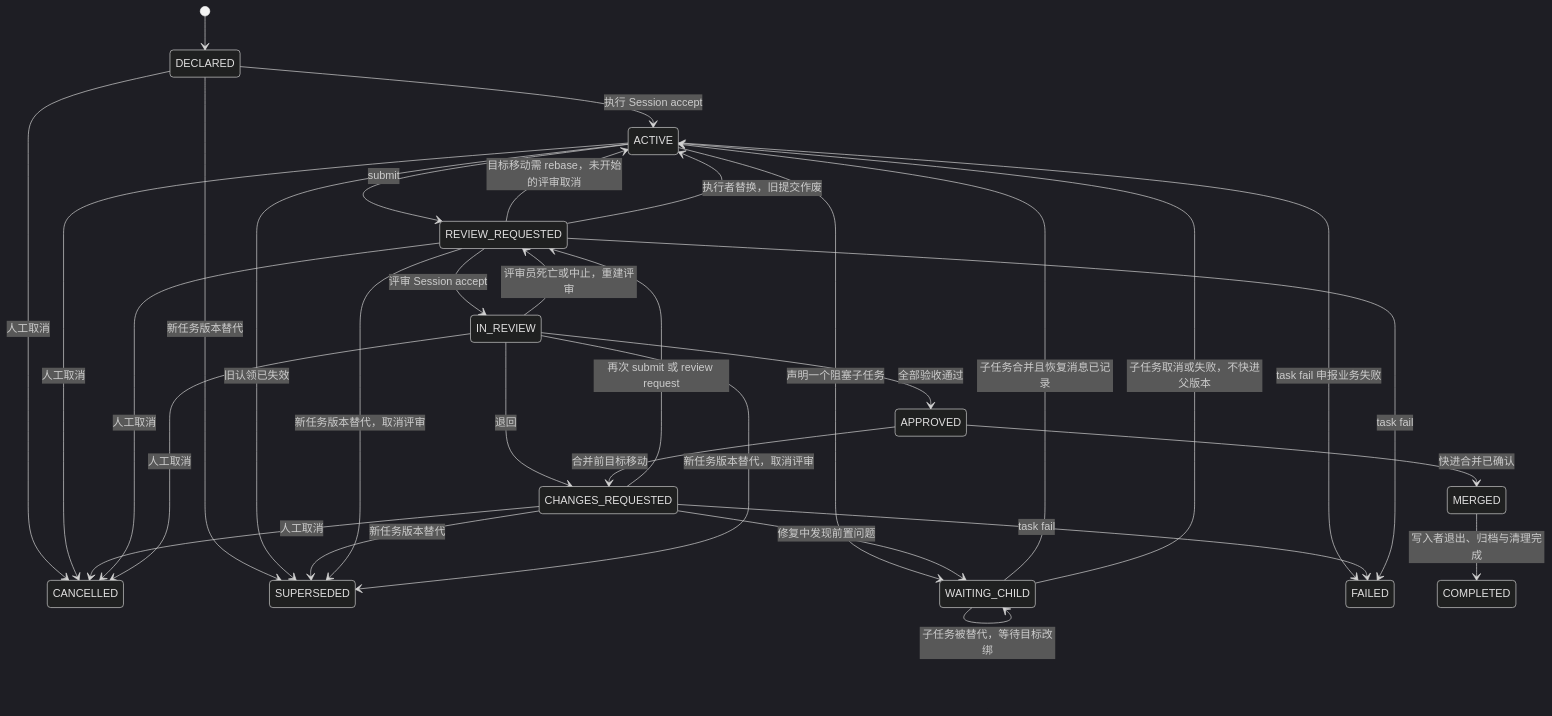
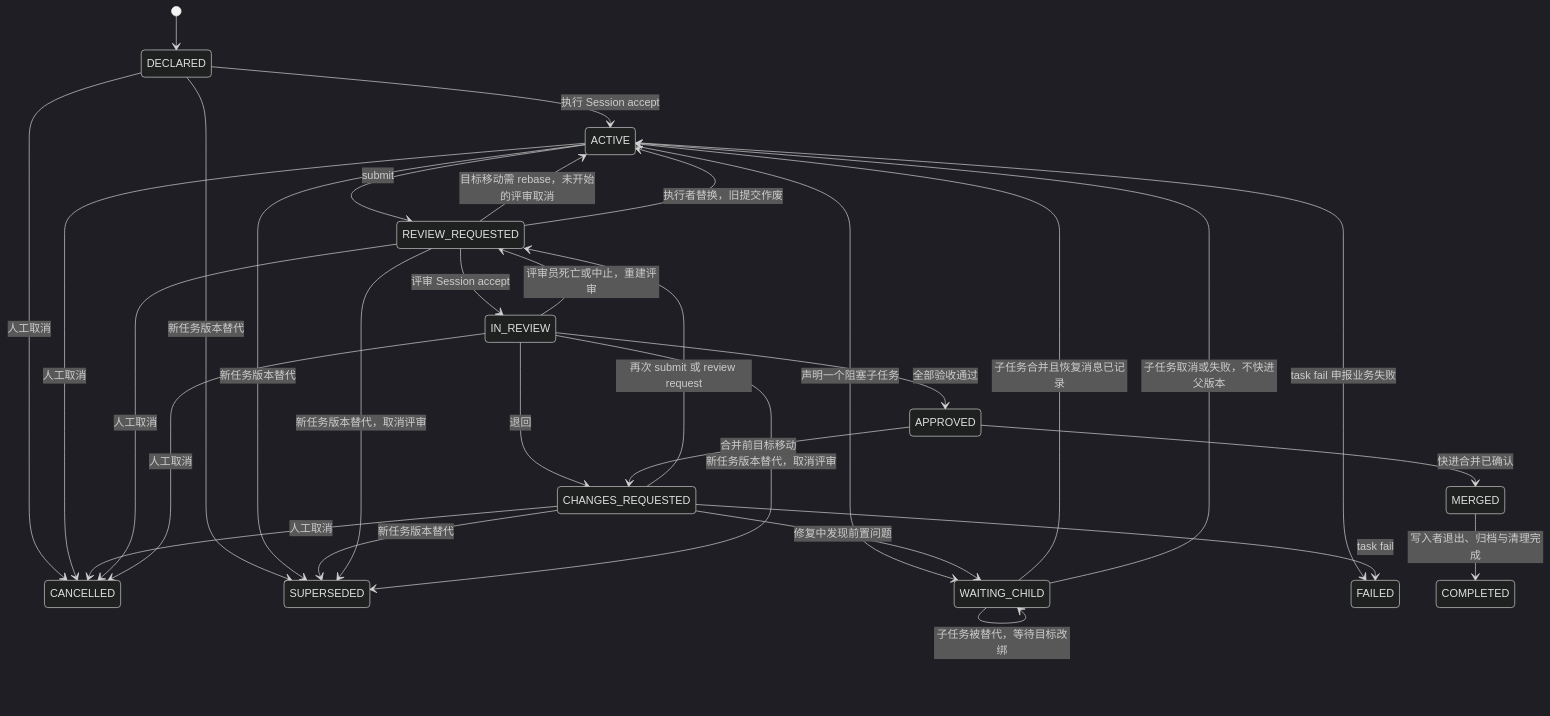
One commit to a20185/orca-workflow changed the second of 2 diagrams in governance-design.md. Above: the diagram before and after it, drawn with Mermaid (dark theme). The commit also changed other lines of this file and 1 other file, not shown here.

Commit message:
docs(orca-governance): codex iter#9 矫正——中止路径结算后销毁、REVIEW_REQUESTED 替换处置评审、删暂停窗口 task fail 出口、图表标签对齐、T3.3 同步

````diff
--- a/governance-design.md
+++ b/governance-design.md
@@ -222,34 +222,33 @@
 ```mermaid
 stateDiagram-v2
     [*] --> DECLARED
     DECLARED --> ACTIVE: 执行 Session accept
     DECLARED --> CANCELLED: 人工取消
     DECLARED --> SUPERSEDED: 新任务版本替代
     ACTIVE --> WAITING_CHILD: 声明一个阻塞子任务
     ACTIVE --> REVIEW_REQUESTED: submit
     ACTIVE --> FAILED: task fail 申报业务失败
     ACTIVE --> CANCELLED: 人工取消
-    ACTIVE --> SUPERSEDED: 旧认领已失效
+    ACTIVE --> SUPERSEDED: 新任务版本替代
     WAITING_CHILD --> ACTIVE: 子任务合并且恢复消息已记录
     WAITING_CHILD --> ACTIVE: 子任务取消或失败，不快进父版本
     WAITING_CHILD --> WAITING_CHILD: 子任务被替代，等待目标改绑
     CHANGES_REQUESTED --> REVIEW_REQUESTED: 再次 submit 或 review request
     CHANGES_REQUESTED --> FAILED: task fail
     CHANGES_REQUESTED --> CANCELLED: 人工取消
-    REVIEW_REQUESTED --> FAILED: task fail
     CHANGES_REQUESTED --> WAITING_CHILD: 修复中发现前置问题
     CHANGES_REQUESTED --> SUPERSEDED: 新任务版本替代
     REVIEW_REQUESTED --> IN_REVIEW: 评审 Session accept
     REVIEW_REQUESTED --> ACTIVE: 目标移动需 rebase，未开始的评审取消
     REVIEW_REQUESTED --> SUPERSEDED: 新任务版本替代，取消评审
     REVIEW_REQUESTED --> CANCELLED: 人工取消
     REVIEW_REQUESTED --> ACTIVE: 执行者替换，旧提交作废
     IN_REVIEW --> CANCELLED: 人工取消
     IN_REVIEW --> CHANGES_REQUESTED: 退回
     IN_REVIEW --> REVIEW_REQUESTED: 评审员死亡或中止，重建评审
     IN_REVIEW --> SUPERSEDED: 新任务版本替代，取消评审
     IN_REVIEW --> APPROVED: 全部验收通过
     APPROVED --> MERGED: 快进合并已确认
     APPROVED --> CHANGES_REQUESTED: 合并前目标移动
     MERGED --> COMPLETED: 写入者退出、归档与清理完成
 ```
````
